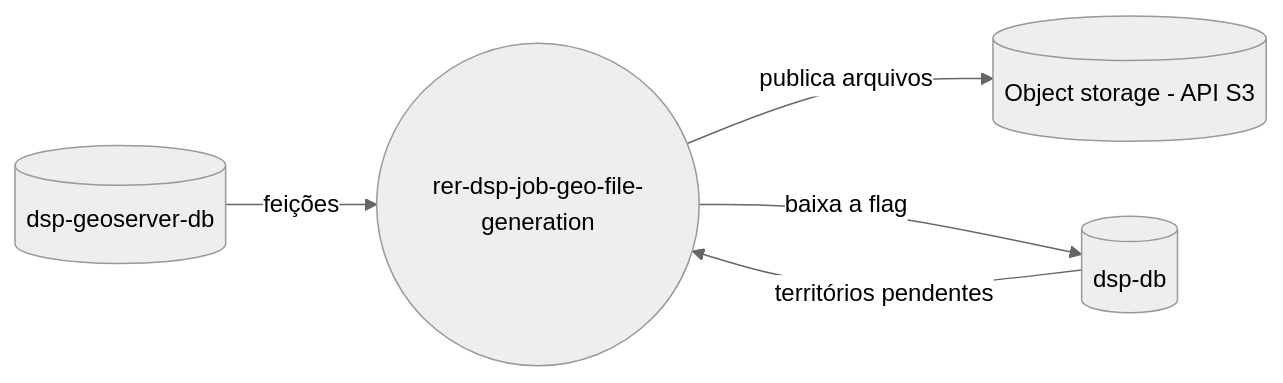
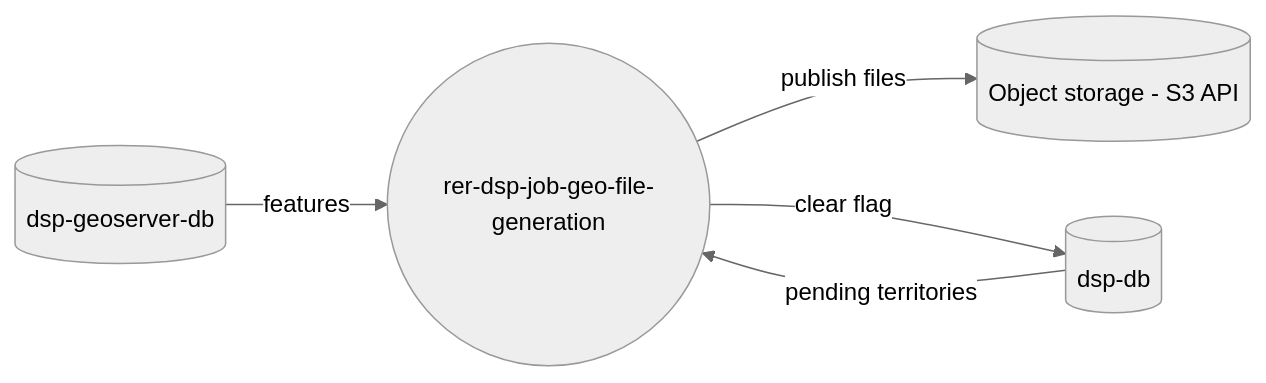
One commit to kleber-albino/rer-dsp-job-geo-file-generation changed the diagram in README.md. Above: the diagram before and after it, drawn with Mermaid (neutral theme). The commit also changed other lines of this file, not shown here.

````diff
--- a/README.md
+++ b/README.md
@@ -9,12 +9,12 @@
 ```mermaid
 flowchart LR
     GeoDb[(dsp-geoserver-db)]
     DspDb[(dsp-db)]
     Job((rer-dsp-job-geo-file-generation))
-    Storage[(Object storage - API S3)]
+    Storage[(Object storage - S3 API)]
 
-    DspDb -- territórios pendentes --> Job
-    GeoDb -- feições --> Job
-    Job -- publica arquivos --> Storage
-    Job -- baixa a flag --> DspDb
+    DspDb -- pending territories --> Job
+    GeoDb -- features --> Job
+    Job -- publish files --> Storage
+    Job -- clear flag --> DspDb
 ```
````
